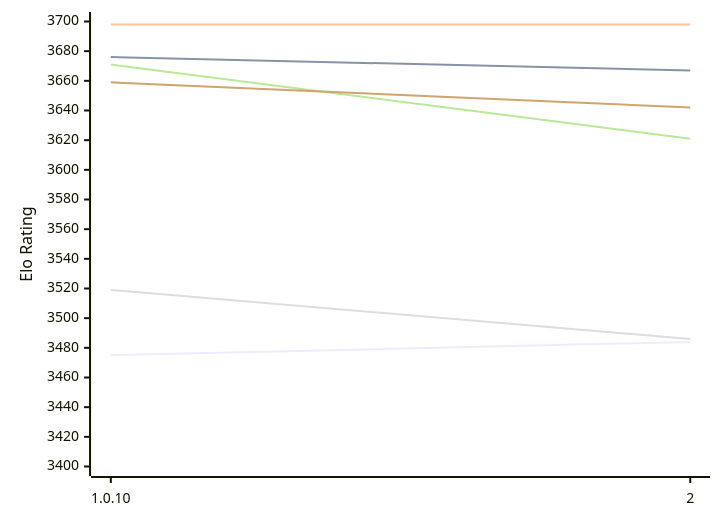
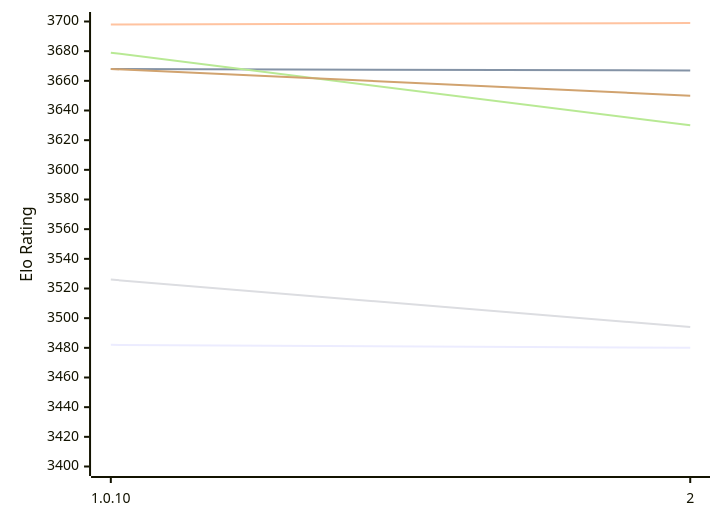
One commit to computer-chess-index/cci changed the diagram in engines/8Chess.md. Above: the diagram before and after it, drawn with Mermaid. The commit also changed other lines of this file, not shown here.

Commit message:
Update CCI Ratings (ELO VLTC) - 2026-11-25

````diff
--- a/engines/8Chess.md
+++ b/engines/8Chess.md
@@ -49,12 +49,12 @@
 ```mermaid
 %%{init: {"theme":"base","themeVariables":{"seriesColors:['#a3a3a3','#222221','#faa371']}}}%%
 xychart-beta
   x-axis ["1.0.10", "2"]
   y-axis "Elo Rating" 3400 --> 3700
-  line "E1: STC (8.0+0.08s)" [3475, 3484]
-  line "E1: LTC (60.0+0.60s)" [3676, 3667]
-  line "E1: VLTC (2m24s+1.12s)" [3698, 3698]
-  line "P1: STC (8.0+0.08s)" [3519, 3486]
-  line "P1: LTC (60.0+0.60s)" [3671, 3621]
-  line "P1: VLTC (2m24s+1.12s)" [3659, 3642]
+  line "E1: STC (8.0+0.08s)" [3482, 3480]
+  line "E1: LTC (60.0+0.60s)" [3668, 3667]
+  line "E1: VLTC (2m24s+1.12s)" [3698, 3699]
+  line "P1: STC (8.0+0.08s)" [3526, 3494]
+  line "P1: LTC (60.0+0.60s)" [3679, 3630]
+  line "P1: VLTC (2m24s+1.12s)" [3668, 3650]
 ```
````
